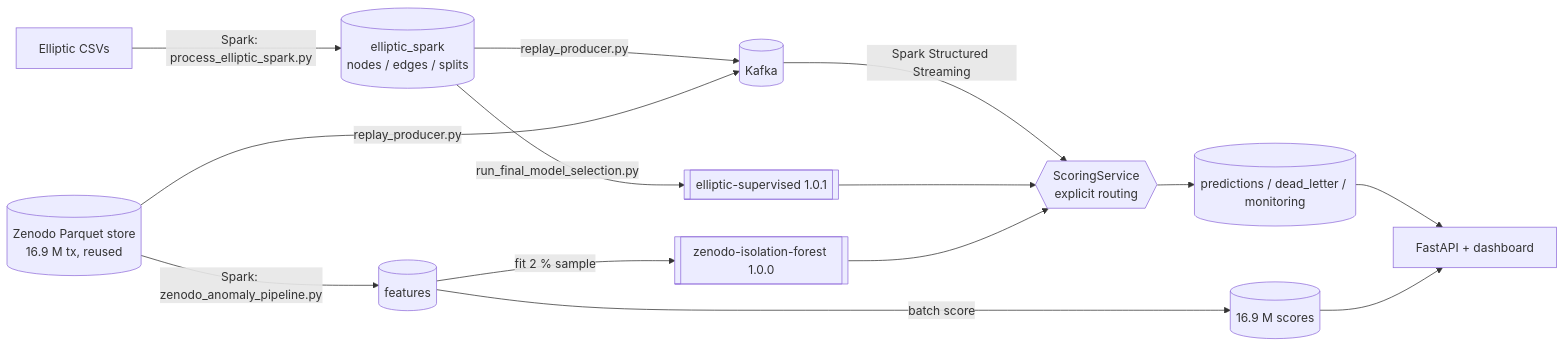
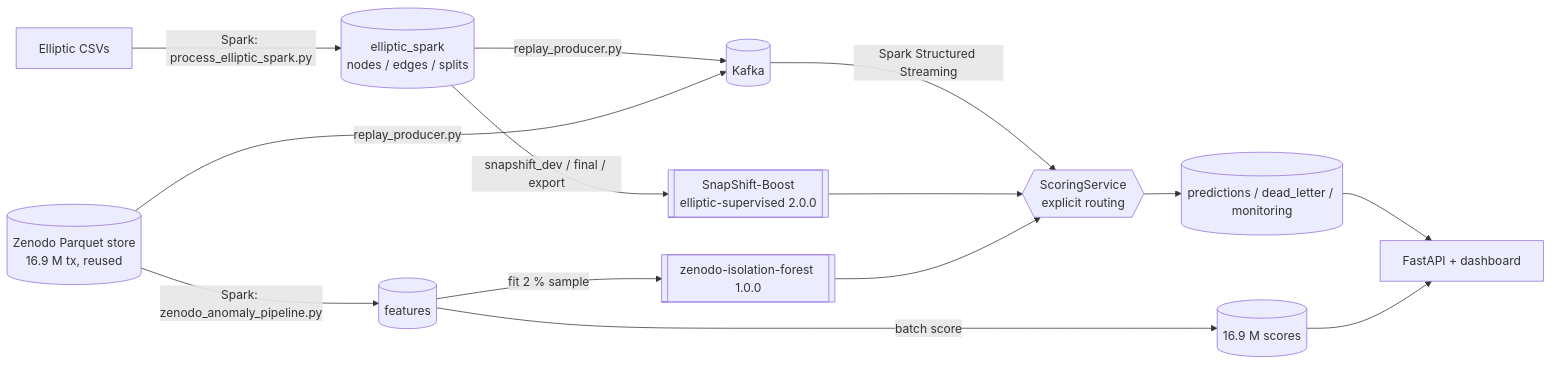
One commit to Rayaanarora/blockchain-streaming-anomaly-detection changed the diagram in README.md. Above: the diagram before and after it, drawn with Mermaid. The commit also changed other lines of this file and 25 other files, not shown here.

Commit message:
feat: add SnapShift-Boost model, bundle 2.0.0, unified demo runner, and docs

````diff
--- a/README.md
+++ b/README.md
@@ -27,16 +27,16 @@
 ```mermaid
 flowchart LR
   EC[Elliptic CSVs] -->|Spark: process_elliptic_spark.py| ES[(elliptic_spark<br/>nodes / edges / splits)]
   ZP[(Zenodo Parquet store<br/>16.9 M tx, reused)] -->|Spark: zenodo_anomaly_pipeline.py| ZF[(features)]
-  ES -->|run_final_model_selection.py| EM[[elliptic-supervised 1.0.1]]
+  ES -->|snapshift_dev / final / export| EM[[SnapShift-Boost<br/>elliptic-supervised 2.0.0]]
   ZF -->|fit 2 % sample| ZM[[zenodo-isolation-forest 1.0.0]]
   ZF -->|batch score| ZS[(16.9 M scores)]
   ES -->|replay_producer.py| K[(Kafka)]
   ZP -->|replay_producer.py| K
   K -->|Spark Structured Streaming| SC{{ScoringService<br/>explicit routing}}
   EM --> SC
   ZM --> SC
   SC --> P[(predictions / dead_letter / monitoring)]
   P --> D[FastAPI + dashboard]
   ZS --> D
 ```
````
